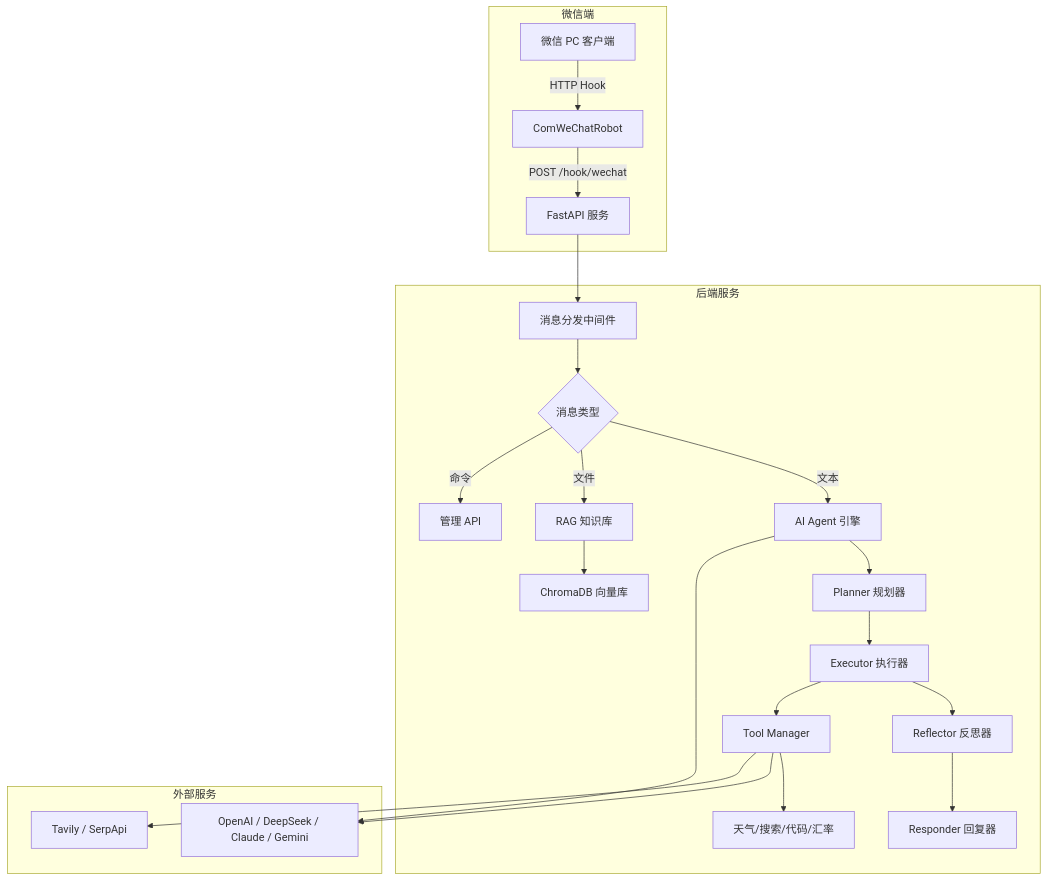
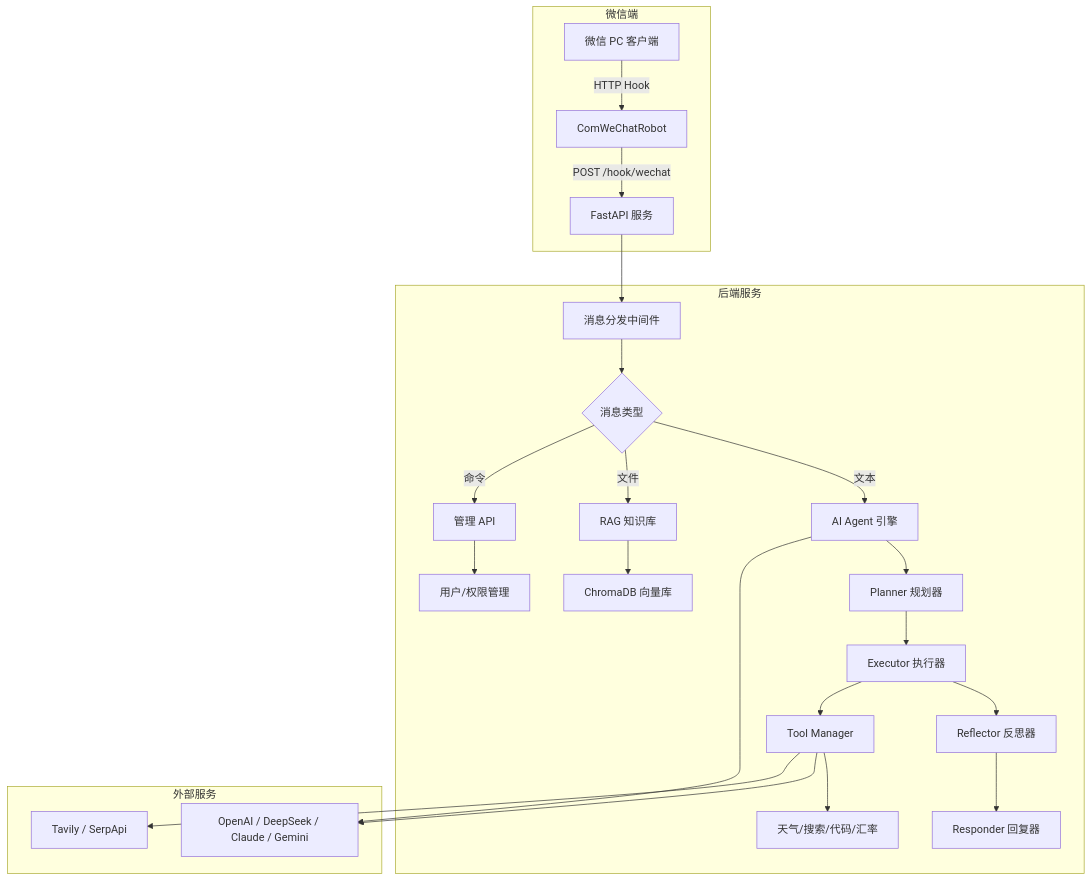
One commit to xiehuaian77-sketch/wechat-ai-bot changed the first of 3 diagrams in README.md. Above: the diagram before and after it, drawn with Mermaid. The commit also changed other lines of this file and 12 other files, not shown here.

````diff
--- a/README.md
+++ b/README.md
@@ -119,34 +119,35 @@
 ```mermaid
 graph TB
     subgraph "微信端"
         A[微信 PC 客户端] -->|HTTP Hook| B[ComWeChatRobot]
         B -->|POST /hook/wechat| C[FastAPI 服务]
     end
 
     subgraph "后端服务"
         C --> D[消息分发中间件]
         D --> E{消息类型}
         E -->|文本| F[AI Agent 引擎]
         E -->|文件| G[RAG 知识库]
         E -->|命令| H[管理 API]
 
         F --> I[Planner 规划器]
         I --> J[Executor 执行器]
         J --> K[Reflector 反思器]
         K --> L[Responder 回复器]
 
         J --> M[Tool Manager]
         M --> N[天气/搜索/代码/汇率]
 
         G --> O[ChromaDB 向量库]
+        H --> P[用户/权限管理]
     end
 
     subgraph "外部服务"
-        P[OpenAI / DeepSeek / Claude / Gemini]
-        Q[ Tavily / SerpApi ]
+        Q[OpenAI / DeepSeek / Claude / Gemini]
+        R[Tavily / SerpApi]
     end
 
-    F --> P
-    M --> P
+    F --> Q
     M --> Q
+    M --> R
 ```
````
